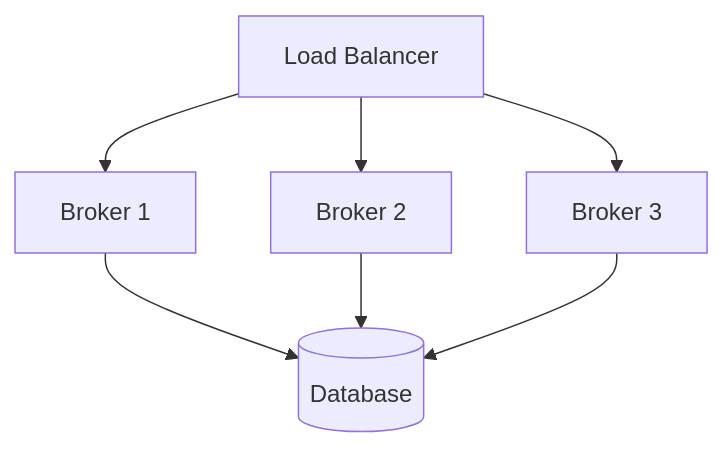
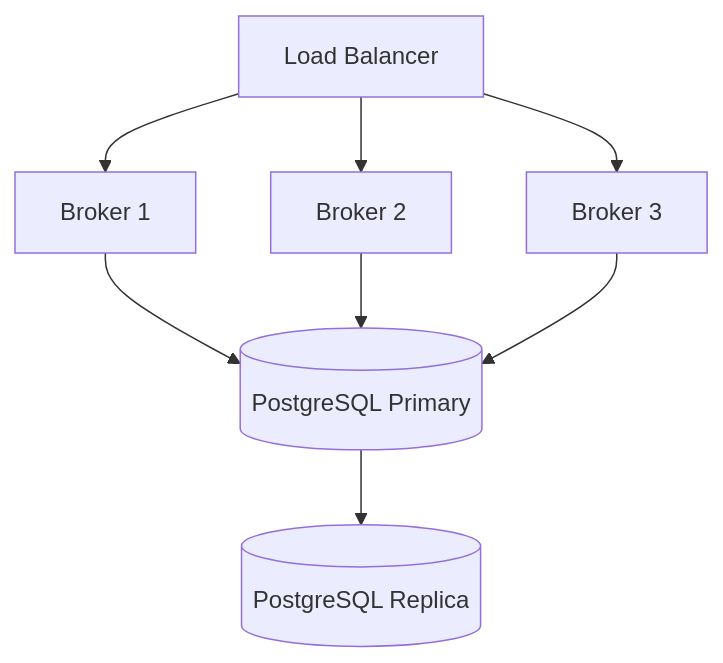
One commit to colliery-io/brokkr changed the fourth of 4 diagrams in docs/content/explanation/architecture.md. Above: the diagram before and after it, drawn with Mermaid. The commit also changed other lines of this file and 28 other files, not shown here.

````diff
--- a/docs/content/explanation/architecture.md
+++ b/docs/content/explanation/architecture.md
@@ -253,9 +278,10 @@
-```mermaid
+{{< mermaid >}}
 graph TD
     LB[Load Balancer] --> B1[Broker 1]
     LB --> B2[Broker 2]
     LB --> B3[Broker 3]
-    B1 --> DB[(Database)]
+    B1 --> DB[(PostgreSQL Primary)]
     B2 --> DB
     B3 --> DB
-```
+    DB --> DBR[(PostgreSQL Replica)]
+{{< /mermaid >}}
````
